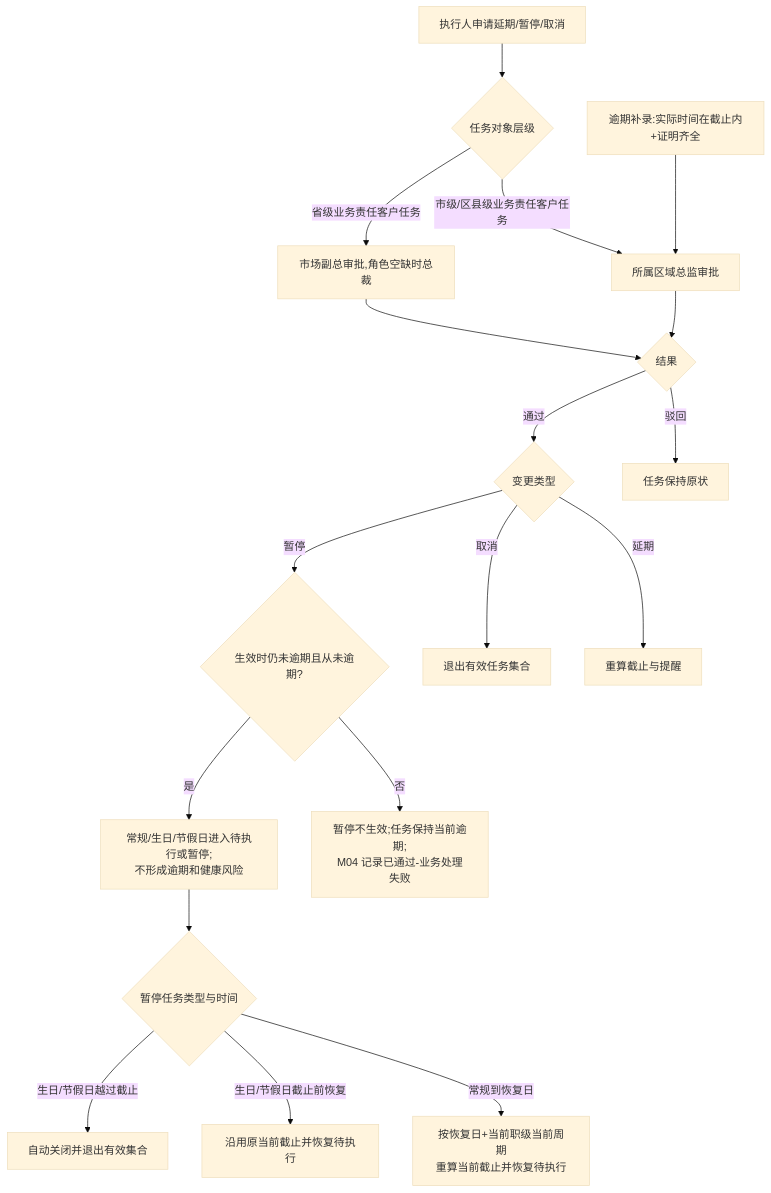
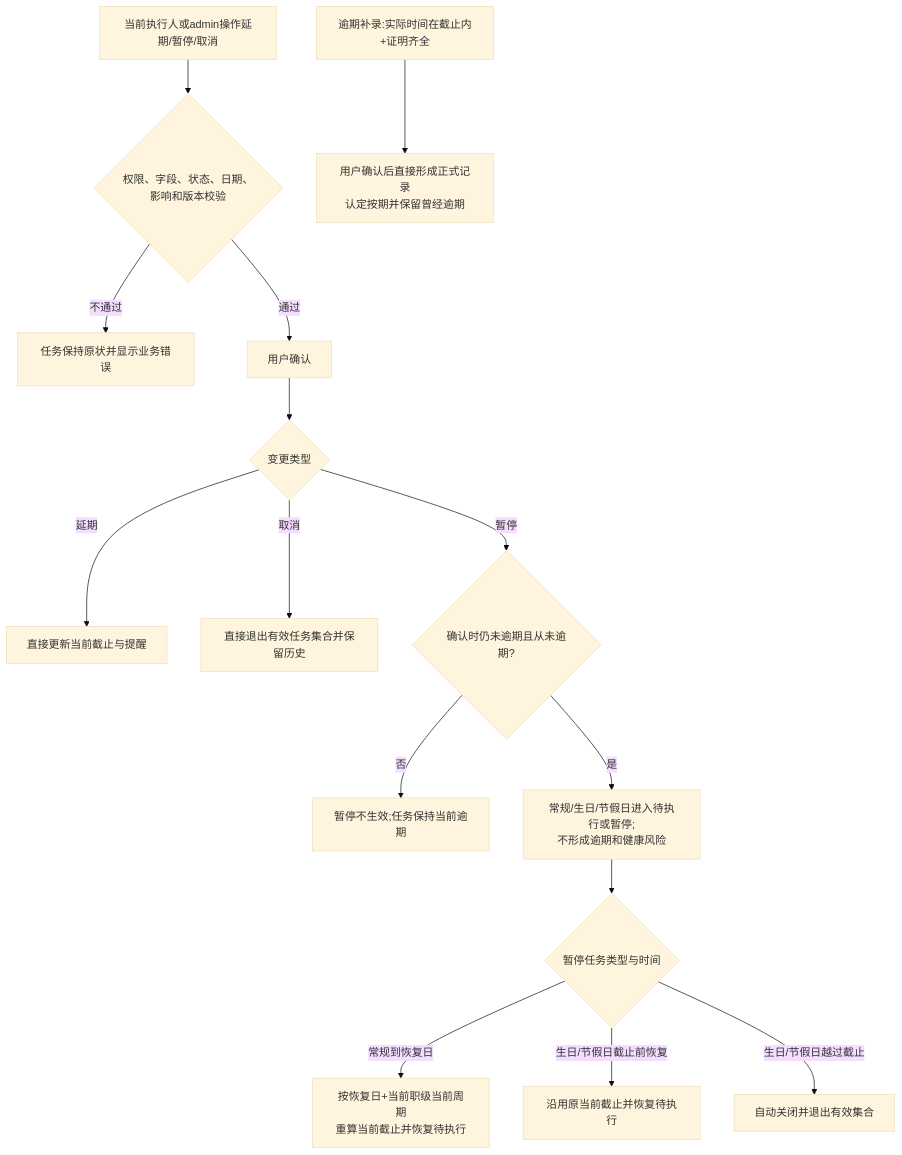
Before and after one commit to Joker-1030/Yingjia-Internal-Management-System: the diagram in prd-workspace/current/user-flows/FLOW-12-M03-task-exception-approval.md, drawn with Mermaid (base theme). The commit also changed other lines of this file and 95 other files, not shown here.

````diff
--- a/prd-workspace/current/user-flows/FLOW-12-M03-task-exception-approval.md
+++ b/prd-workspace/current/user-flows/FLOW-12-M03-task-exception-approval.md
@@ -8,20 +8,17 @@
 ```mermaid
 flowchart TD
-    A[执行人申请延期/暂停/取消] --> B{任务对象层级}
-    B -- 市级/区县级业务责任客户任务 --> C[所属区域总监审批]
-    B -- 省级业务责任客户任务 --> D[市场副总审批,角色空缺时总裁]
-    C --> E{结果}
-    D --> E
-    E -- 驳回 --> F[任务保持原状]
-    E -- 通过 --> G{变更类型}
-    G -- 延期 --> H[重算截止与提醒]
-    G -- 取消 --> I[退出有效任务集合]
-    G -- 暂停 --> J{生效时仍未逾期且从未逾期?}
-    J -- 否 --> K[暂停不生效;任务保持当前逾期;<br/>M04 记录已通过-业务处理失败]
+    A[当前执行人或admin操作延期/暂停/取消] --> B{权限、字段、状态、日期、影响和版本校验}
+    B -- 不通过 --> F[任务保持原状并显示业务错误]
+    B -- 通过 --> E[用户确认]
+    E --> G{变更类型}
+    G -- 延期 --> H[直接更新当前截止与提醒]
+    G -- 取消 --> I[直接退出有效任务集合并保留历史]
+    G -- 暂停 --> J{确认时仍未逾期且从未逾期?}
+    J -- 否 --> K[暂停不生效;任务保持当前逾期]
     J -- 是 --> L[常规/生日/节假日进入待执行或暂停;<br/>不形成逾期和健康风险]
     L --> M{暂停任务类型与时间}
     M -- 常规到恢复日 --> N[按恢复日+当前职级当前周期<br/>重算当前截止并恢复待执行]
     M -- 生日/节假日截止前恢复 --> O[沿用原当前截止并恢复待执行]
     M -- 生日/节假日越过截止 --> P[自动关闭并退出有效集合]
-    Q[逾期补录:实际时间在截止内+证明齐全] --> C
+    Q[逾期补录:实际时间在截止内+证明齐全] --> R[用户确认后直接形成正式记录<br/>认定按期并保留曾经逾期]
 ```
````
